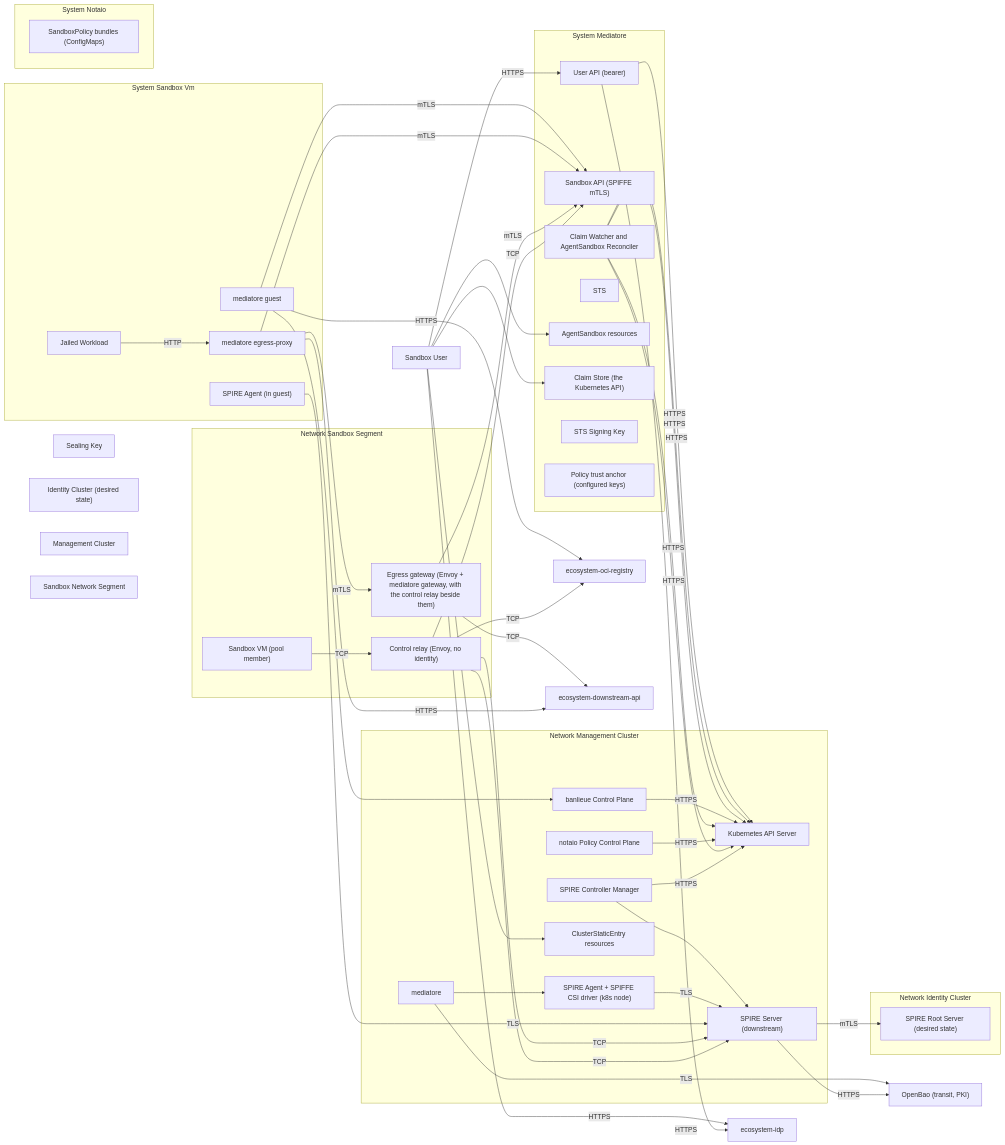
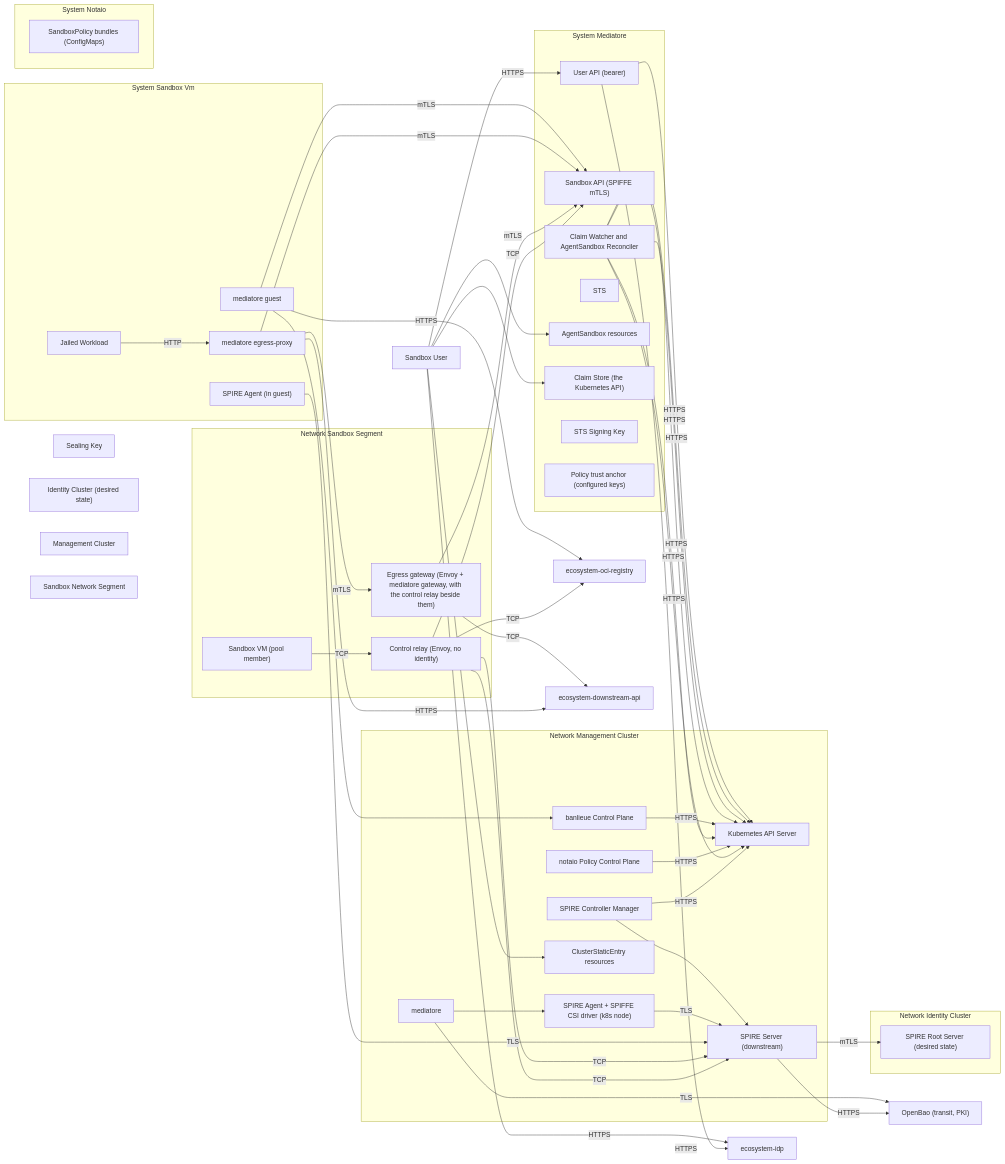
One commit to firestoned/mediatore changed the diagram in docs/architecture/diagrams/system.md. Above: the diagram before and after it, drawn with Mermaid. The commit also changed 18 other files, not shown here.

```diff
--- a/docs/architecture/diagrams/system.md
+++ b/docs/architecture/diagrams/system.md
@@ -93,6 +93,7 @@
     service-mediatore-user-api -->|HTTPS| service-kubernetes-api
     service-mediatore-watcher -->|HTTPS| service-kubernetes-api
     service-mediatore-watcher -->|HTTPS| service-kubernetes-api
+    service-mediatore-watcher -->|HTTPS| service-kubernetes-api
     actor-sandbox-user --> data-asset-agentsandbox-cr
     system-banlieue -->|HTTPS| service-kubernetes-api
     service-mediatore-watcher -->|HTTPS| service-kubernetes-api
```
